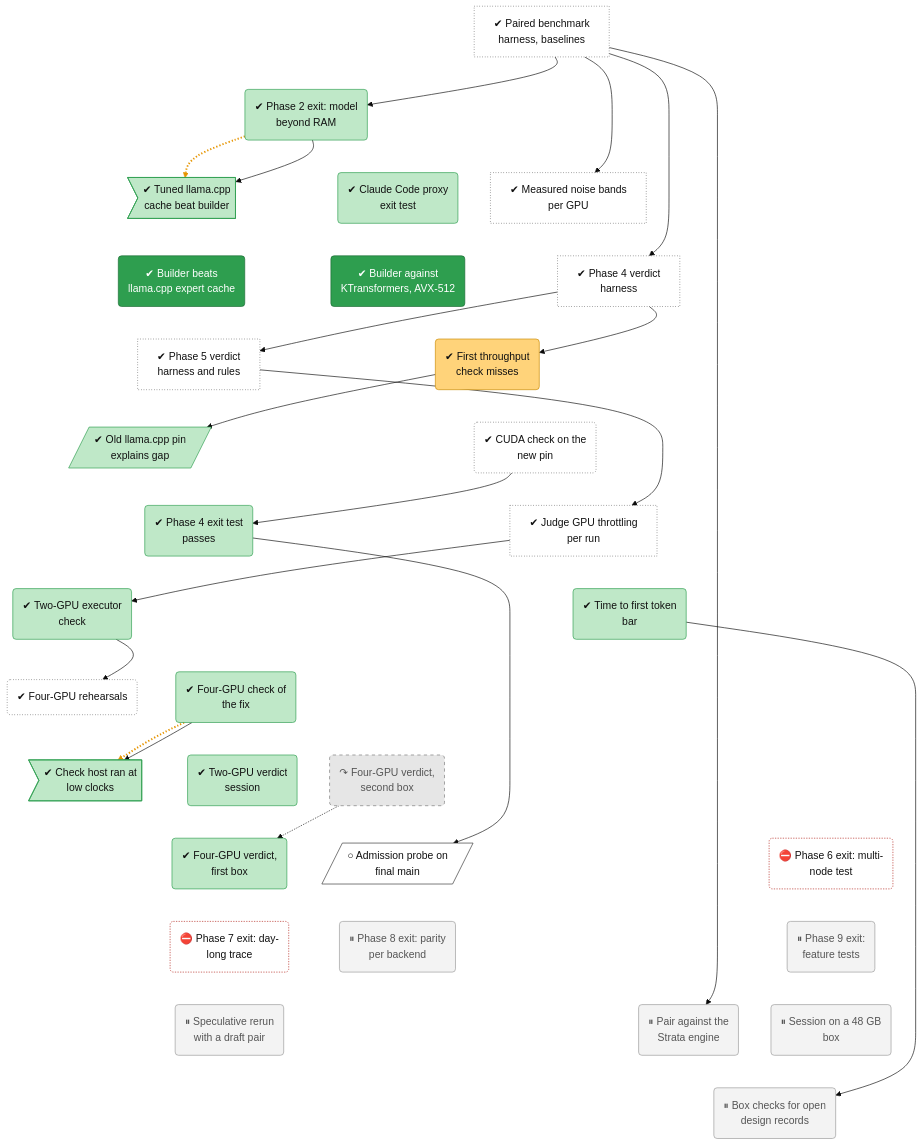
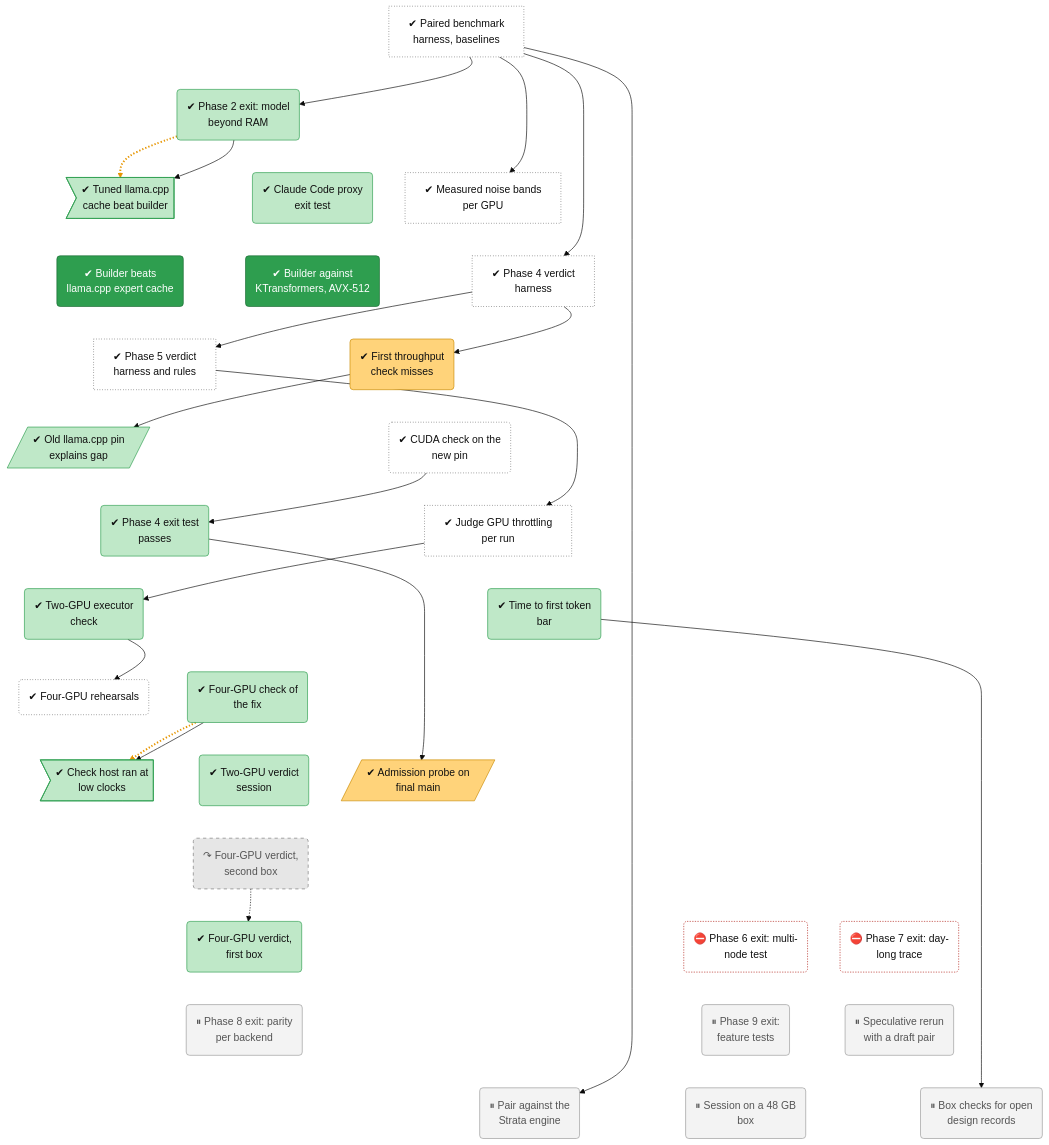
One commit to lhns/tetraeder changed the diagram in docs/roadmap/tracks/bench.md. Above: the diagram before and after it, drawn with Mermaid (base theme). The commit also changed other lines of this file and 131 other files, not shown here.

Commit message:
d2a-20261121: 8B passes, 30B null on board-limit throttle (box 61874205, host 49107); node bench-d2a-probe done, mixed

````diff
--- a/docs/roadmap/tracks/bench.md
+++ b/docs/roadmap/tracks/bench.md
@@ -29,9 +29,9 @@
     bench_s3f2("✔ Four-GPU check of<br/>the fix")
     bench_defect_s3f2_clock>"✔ Check host ran at<br/>low clocks"]
     bench_v2_verdict("✔ Two-GPU verdict<br/>session")
+    bench_d2a_probe[/"✔ Admission probe on<br/>final main"/]
     bench_v4b_verdict("↷ Four-GPU verdict,<br/>second box")
     bench_v4a_verdict("✔ Four-GPU verdict,<br/>first box")
-    bench_d2a_probe[/"○ Admission probe on<br/>final main"/]
     bench_phase6_exit("⛔ Phase 6 exit: multi-<br/>node test")
     bench_phase7_exit("⛔ Phase 7 exit: day-<br/>long trace")
     bench_phase8_exit("⏸ Phase 8 exit: parity<br/>per backend")
@@ -60,19 +60,19 @@
     bench_ttft ~~~ bench_s3f2
     bench_s3_rehearsal ~~~ bench_defect_s3f2_clock
     bench_s3f2 ~~~ bench_v2_verdict
-    bench_s3f2 ~~~ bench_v4b_verdict
-    bench_defect_s3f2_clock ~~~ bench_v4a_verdict
-    bench_v2_verdict ~~~ bench_d2a_probe
+    bench_s3f2 ~~~ bench_d2a_probe
+    bench_defect_s3f2_clock ~~~ bench_v4b_verdict
+    bench_v2_verdict ~~~ bench_v4b_verdict
+    bench_d2a_probe ~~~ bench_v4b_verdict
+    bench_v4b_verdict ~~~ bench_v4a_verdict
     bench_v4b_verdict ~~~ bench_phase6_exit
-    bench_v4a_verdict ~~~ bench_phase7_exit
-    bench_d2a_probe ~~~ bench_phase8_exit
+    bench_v4b_verdict ~~~ bench_phase7_exit
+    bench_v4a_verdict ~~~ bench_phase8_exit
     bench_phase6_exit ~~~ bench_phase9_exit
     bench_phase7_exit ~~~ bench_spec_rerun
     bench_phase8_exit ~~~ bench_strata_pairing
     bench_phase9_exit ~~~ bench_d1_session
     bench_spec_rerun ~~~ bench_open_records
-    bench_strata_pairing ~~~ bench_open_records
-    bench_d1_session ~~~ bench_open_records
     bench_harness --> bench_phase2_exit
     bench_phase2_exit -.-> bench_defect_tuned_cache
     bench_phase2_exit --> bench_defect_tuned_cache
@@ -87,8 +87,8 @@
     bench_s2_step0 --> bench_s3_rehearsal
     bench_s3f2 -.-> bench_defect_s3f2_clock
     bench_s3f2 --> bench_defect_s3f2_clock
+    bench_phase4_exit --> bench_d2a_probe
     bench_v4b_verdict -.-> bench_v4a_verdict
-    bench_phase4_exit --> bench_d2a_probe
     bench_harness --> bench_strata_pairing
     bench_ttft --> bench_open_records
     linkStyle 34,45 stroke:#e69500,stroke-width:3px,stroke-dasharray:2 3
@@ -109,9 +109,8 @@
     class bench_harness,bench_noise_bands,bench_phase4_harness,bench_phase5_harness,bench_pin_confirm,bench_throttle_rules,bench_s3_rehearsal unrated
     class bench_phase2_exit,bench_defect_tuned_cache,bench_phase3b_proxy,bench_pin_ab,bench_phase4_exit,bench_s2_step0,bench_ttft,bench_s3f2,bench_defect_s3f2_clock,bench_v2_verdict,bench_v4a_verdict succ
     class bench_m1_point1,bench_m1_point3 vsucc
-    class bench_d2a_rerun mixed
+    class bench_d2a_rerun,bench_d2a_probe mixed
     class bench_v4b_verdict dead
-    class bench_d2a_probe next
     class bench_phase6_exit,bench_phase7_exit blocked
     class bench_phase8_exit,bench_phase9_exit,bench_spec_rerun,bench_strata_pairing,bench_d1_session,bench_open_records parked
 ```
````
